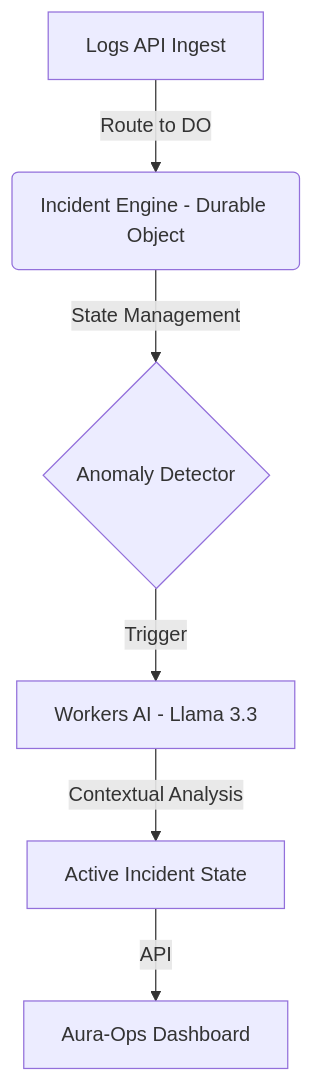
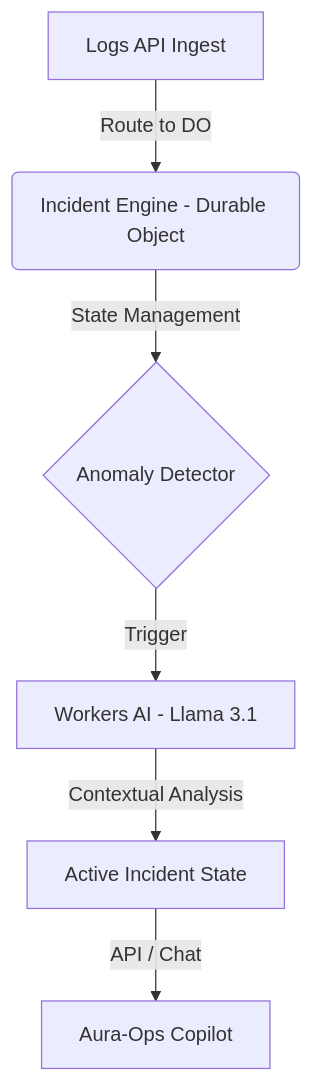
Before and after one commit to 0xSaksham/cf_ai_aura-ops: the diagram in README.md, drawn with Mermaid. The commit also changed other lines of this file, not shown here.

First line of the commit message:
Enhance README with live demo and architecture updates

````diff
--- a/README.md
+++ b/README.md
@@ -10,8 +26,8 @@
 ```mermaid
 graph TD
     A[Logs API Ingest] -->|Route to DO| B(Incident Engine - Durable Object)
     B -->|State Management| C{Anomaly Detector}
-    C -->|Trigger| D[Workers AI - Llama 3.3]
+    C -->|Trigger| D[Workers AI - Llama 3.1]
     D -->|Contextual Analysis| E[Active Incident State]
-    E -->|API| F[Aura-Ops Dashboard]
+    E -->|API / Chat| F[Aura-Ops Copilot]
 ```
````
